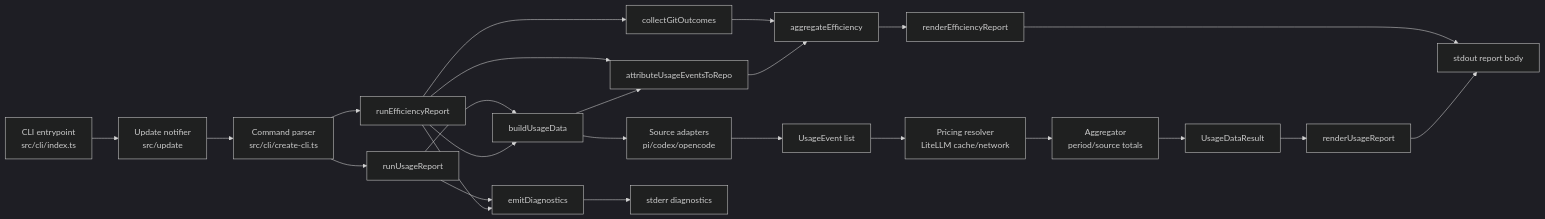
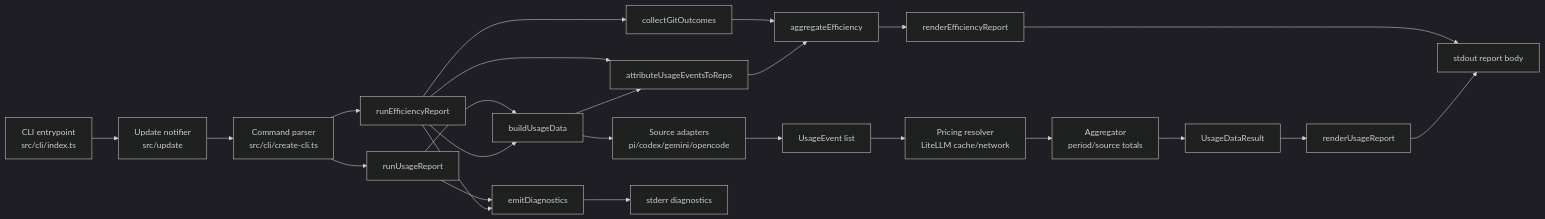
Before and after one commit to ben-vargas/ai-llm-usage-metrics: the first of 2 diagrams in docs/architecture.md, drawn with Mermaid (dark theme). The commit also changed 10 other files, not shown here.

````diff
--- a/docs/architecture.md
+++ b/docs/architecture.md
@@ -21,29 +21,29 @@
 ```mermaid
 flowchart LR
     A[CLI entrypoint\nsrc/cli/index.ts] --> B[Update notifier\nsrc/update]
     B --> C[Command parser\nsrc/cli/create-cli.ts]
     C --> D[runUsageReport]
     D --> E[buildUsageData]
     C --> O[runEfficiencyReport]
     O --> E
     O --> P[collectGitOutcomes]
     O --> S[attributeUsageEventsToRepo]
     E --> S
     P --> Q[aggregateEfficiency]
     S --> Q
     Q --> R[renderEfficiencyReport]
     R --> L
 
-    E --> F[Source adapters\npi/codex/opencode]
+    E --> F[Source adapters\npi/codex/gemini/opencode]
     F --> G[UsageEvent list]
     G --> H[Pricing resolver\nLiteLLM cache/network]
     H --> I[Aggregator\nperiod/source totals]
     I --> J[UsageDataResult]
 
     J --> K[renderUsageReport]
     K --> L[stdout report body]
 
     D --> M[emitDiagnostics]
     M --> N[stderr diagnostics]
     O --> M
 ```
````
